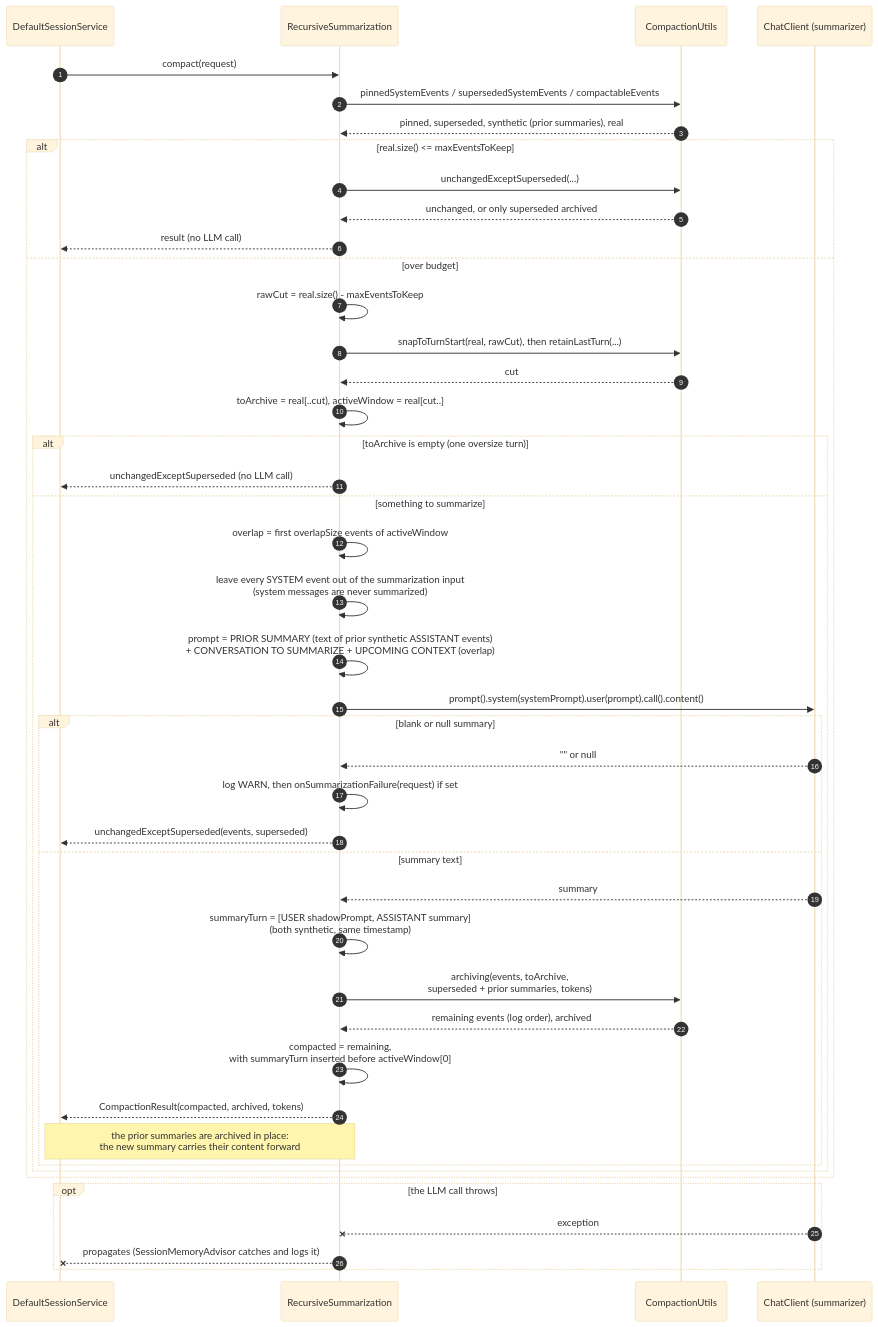
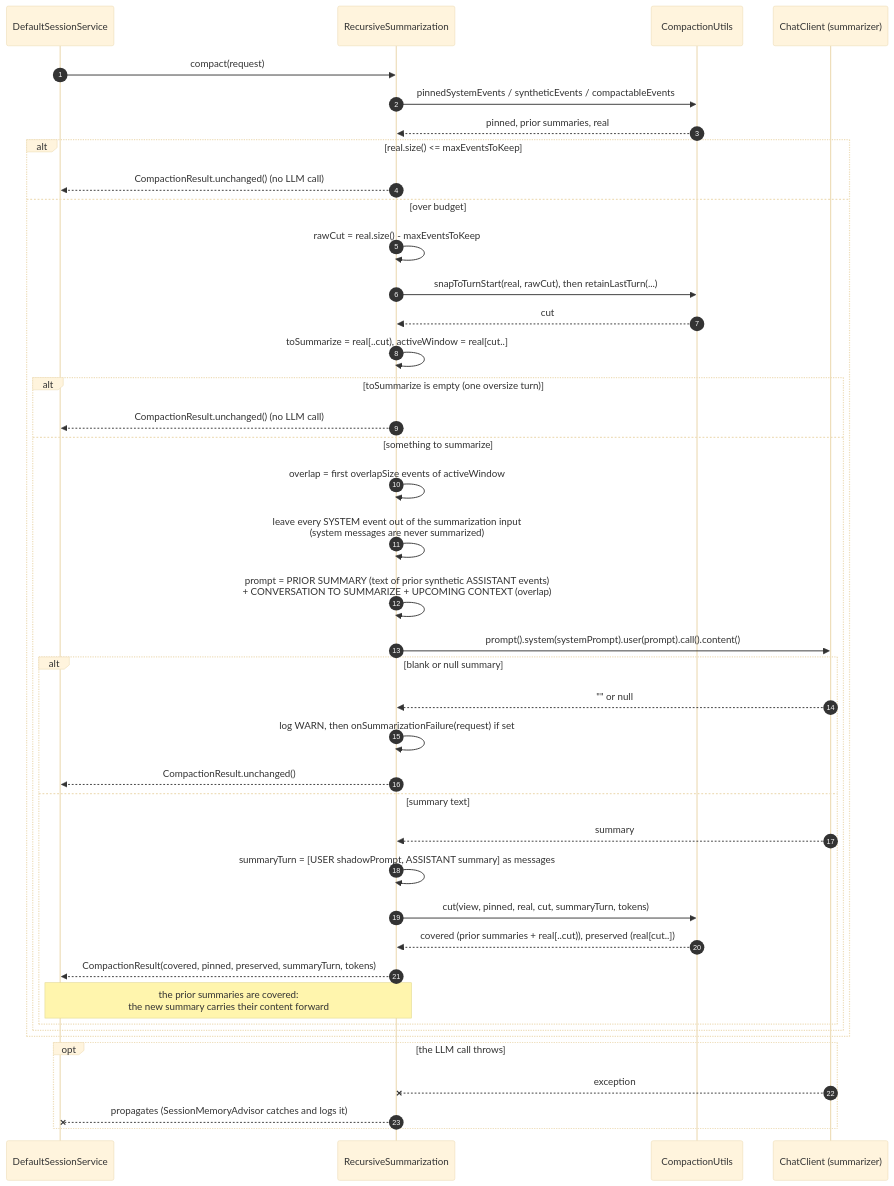
One commit to spring-ai-community/spring-ai-session changed the sixth of 9 diagrams in docs/session-management/compaction-internals.md. Above: the diagram before and after it, drawn with Mermaid (base theme). The commit also changed other lines of this file and 53 other files, not shown here.

First line of the commit message:
Record compaction as an appended boundary and project the active view

````diff
--- a/docs/session-management/compaction-internals.md
+++ b/docs/session-management/compaction-internals.md
@@ -321,47 +341,44 @@
 ```mermaid
 sequenceDiagram
     autonumber
     participant Caller as DefaultSessionService
     participant R as RecursiveSummarization
     participant U as CompactionUtils
     participant LLM as ChatClient (summarizer)
 
     Caller->>R: compact(request)
-    R->>U: pinnedSystemEvents / supersededSystemEvents / compactableEvents
-    U-->>R: pinned, superseded, synthetic (prior summaries), real
+    R->>U: pinnedSystemEvents / syntheticEvents / compactableEvents
+    U-->>R: pinned, prior summaries, real
     alt real.size() <= maxEventsToKeep
-        R->>U: unchangedExceptSuperseded(...)
-        U-->>R: unchanged, or only superseded archived
-        R-->>Caller: result (no LLM call)
+        R-->>Caller: CompactionResult.unchanged() (no LLM call)
     else over budget
         R->>R: rawCut = real.size() - maxEventsToKeep
         R->>U: snapToTurnStart(real, rawCut), then retainLastTurn(...)
         U-->>R: cut
-        R->>R: toArchive = real[..cut), activeWindow = real[cut..]
-        alt toArchive is empty (one oversize turn)
-            R-->>Caller: unchangedExceptSuperseded (no LLM call)
+        R->>R: toSummarize = real[..cut), activeWindow = real[cut..]
+        alt toSummarize is empty (one oversize turn)
+            R-->>Caller: CompactionResult.unchanged() (no LLM call)
         else something to summarize
             R->>R: overlap = first overlapSize events of activeWindow
             R->>R: leave every SYSTEM event out of the summarization input<br/>(system messages are never summarized)
             R->>R: prompt = PRIOR SUMMARY (text of prior synthetic ASSISTANT events)<br/>+ CONVERSATION TO SUMMARIZE + UPCOMING CONTEXT (overlap)
             R->>LLM: prompt().system(systemPrompt).user(prompt).call().content()
             alt blank or null summary
                 LLM-->>R: "" or null
                 R->>R: log WARN, then onSummarizationFailure(request) if set
-                R-->>Caller: unchangedExceptSuperseded(events, superseded)
+                R-->>Caller: CompactionResult.unchanged()
             else summary text
                 LLM-->>R: summary
-                R->>R: summaryTurn = [USER shadowPrompt, ASSISTANT summary]<br/>(both synthetic, same timestamp)
-                R->>U: archiving(events, toArchive,<br/>superseded + prior summaries, tokens)
-                U-->>R: remaining events (log order), archived
-                R->>R: compacted = remaining,<br/>with summaryTurn inserted before activeWindow[0]
-                R-->>Caller: CompactionResult(compacted, archived, tokens)
-                Note over R,Caller: the prior summaries are archived in place:<br/>the new summary carries their content forward
+                R->>R: summaryTurn = [USER shadowPrompt, ASSISTANT summary] as messages
+                R->>U: cut(view, pinned, real, cut, summaryTurn, tokens)
+                U-->>R: covered (prior summaries + real[..cut)), preserved (real[cut..])
+                R-->>Caller: CompactionResult(covered, pinned, preserved, summaryTurn, tokens)
+                Note over R,Caller: the prior summaries are covered:<br/>the new summary carries their content forward
             end
         end
     end
     opt the LLM call throws
         LLM--xR: exception
         R--xCaller: propagates (SessionMemoryAdvisor catches and logs it)
     end
 ```
````
